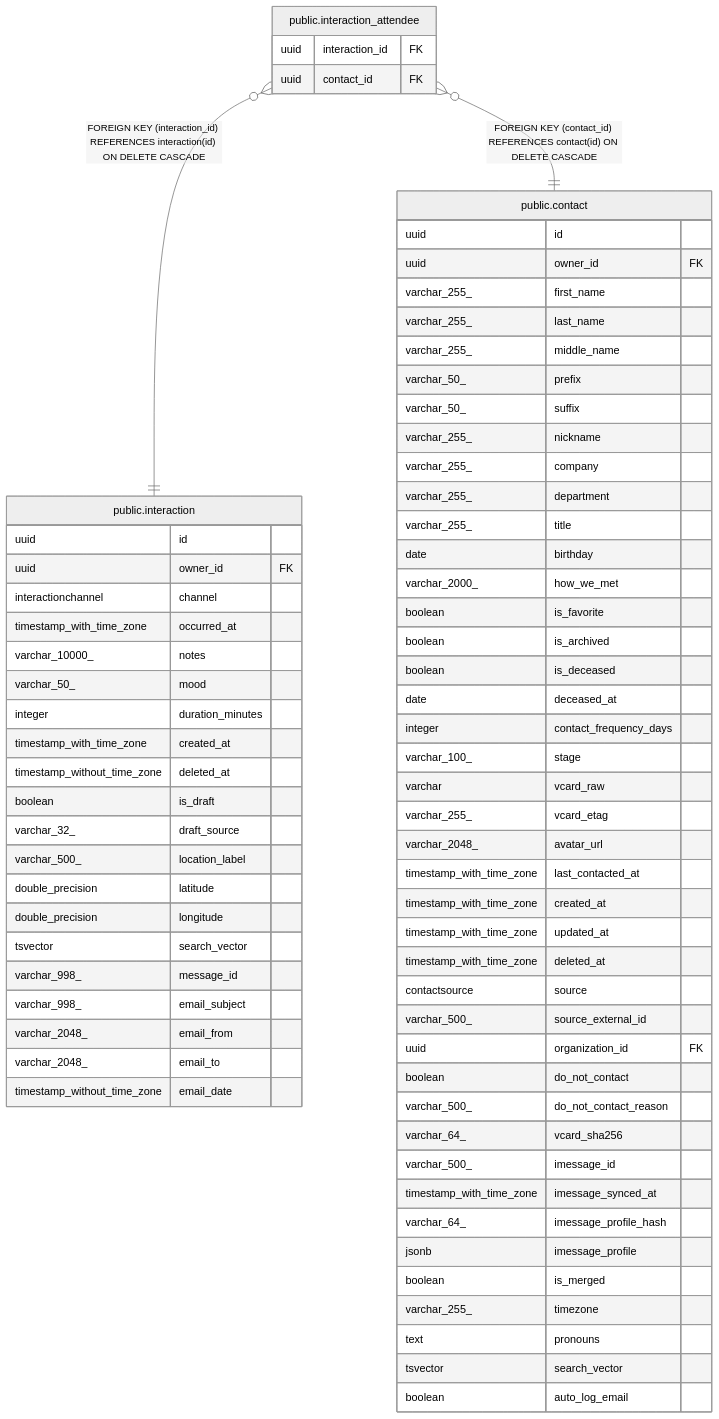
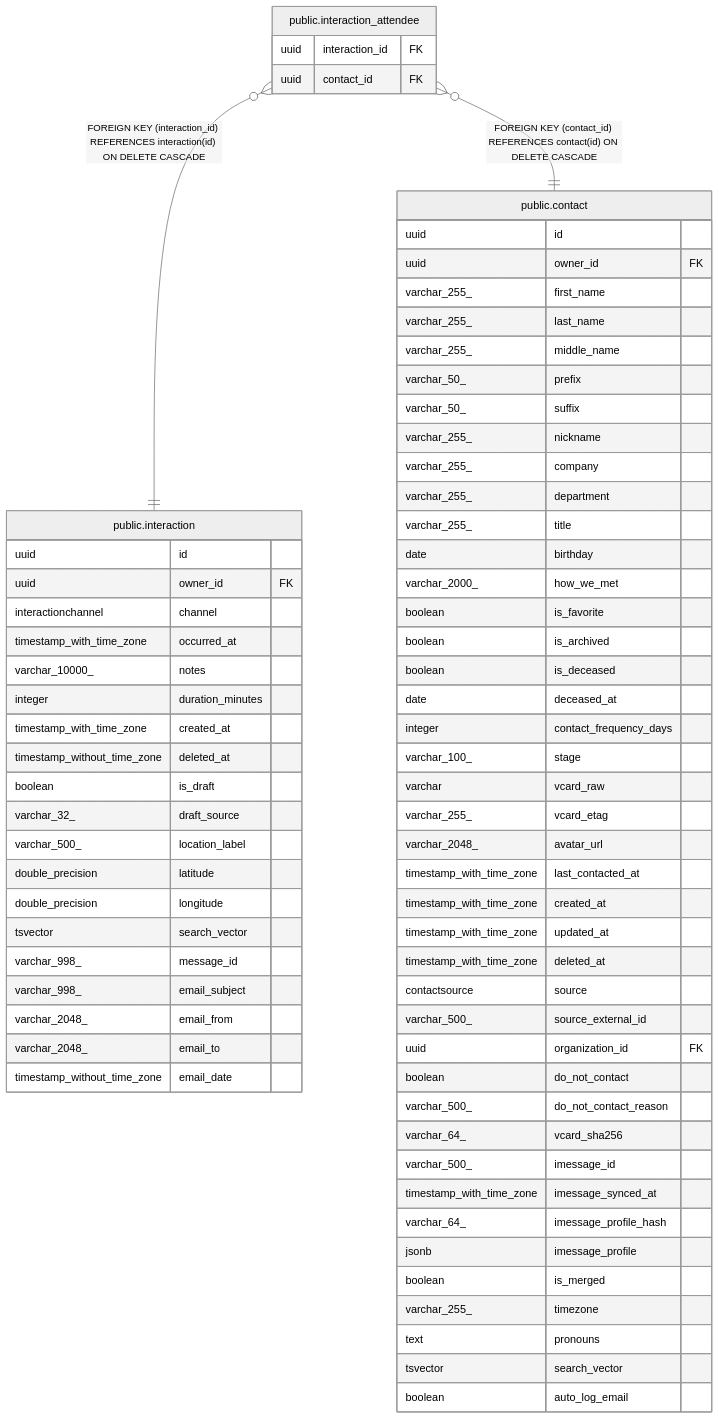
One commit to pike00/Kindred changed the diagram in docs/db/public.interaction_attendee.md. Above: the diagram before and after it, drawn with Mermaid (neutral theme). The commit also changed 28 other files, not shown here.

````diff
--- a/docs/db/public.interaction_attendee.md
+++ b/docs/db/public.interaction_attendee.md
@@ -33,76 +33,75 @@
 ```mermaid
 erDiagram
 
 "public.interaction_attendee" }o--|| "public.interaction" : "FOREIGN KEY (interaction_id) REFERENCES interaction(id) ON DELETE CASCADE"
 "public.interaction_attendee" }o--|| "public.contact" : "FOREIGN KEY (contact_id) REFERENCES contact(id) ON DELETE CASCADE"
 
 "public.interaction_attendee" {
   uuid interaction_id FK
   uuid contact_id FK
 }
 "public.interaction" {
   uuid id
   uuid owner_id FK
   interactionchannel channel
   timestamp_with_time_zone occurred_at
   varchar_10000_ notes
-  varchar_50_ mood
   integer duration_minutes
   timestamp_with_time_zone created_at
   timestamp_without_time_zone deleted_at
   boolean is_draft
   varchar_32_ draft_source
   varchar_500_ location_label
   double_precision latitude
   double_precision longitude
   tsvector search_vector
   varchar_998_ message_id
   varchar_998_ email_subject
   varchar_2048_ email_from
   varchar_2048_ email_to
   timestamp_without_time_zone email_date
 }
 "public.contact" {
   uuid id
   uuid owner_id FK
   varchar_255_ first_name
   varchar_255_ last_name
   varchar_255_ middle_name
   varchar_50_ prefix
   varchar_50_ suffix
   varchar_255_ nickname
   varchar_255_ company
   varchar_255_ department
   varchar_255_ title
   date birthday
   varchar_2000_ how_we_met
   boolean is_favorite
   boolean is_archived
   boolean is_deceased
   date deceased_at
   integer contact_frequency_days
   varchar_100_ stage
   varchar vcard_raw
   varchar_255_ vcard_etag
   varchar_2048_ avatar_url
   timestamp_with_time_zone last_contacted_at
   timestamp_with_time_zone created_at
   timestamp_with_time_zone updated_at
   timestamp_with_time_zone deleted_at
   contactsource source
   varchar_500_ source_external_id
   uuid organization_id FK
   boolean do_not_contact
   varchar_500_ do_not_contact_reason
   varchar_64_ vcard_sha256
   varchar_500_ imessage_id
   timestamp_with_time_zone imessage_synced_at
   varchar_64_ imessage_profile_hash
   jsonb imessage_profile
   boolean is_merged
   varchar_255_ timezone
   text pronouns
   tsvector search_vector
   boolean auto_log_email
 }
 ```
````
